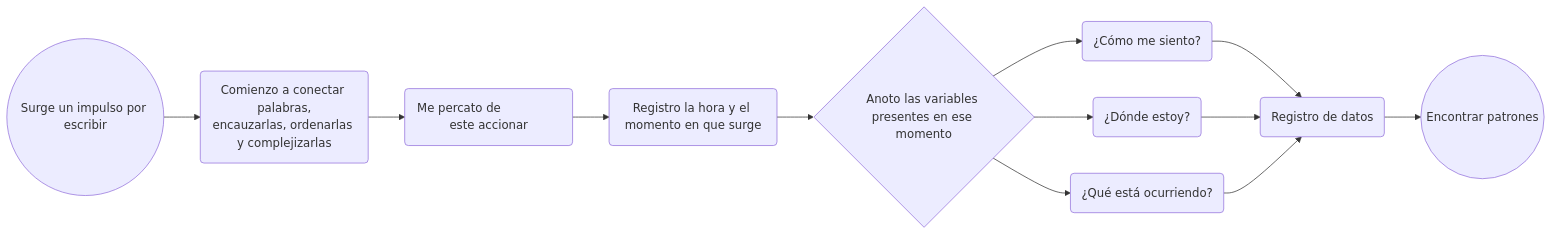
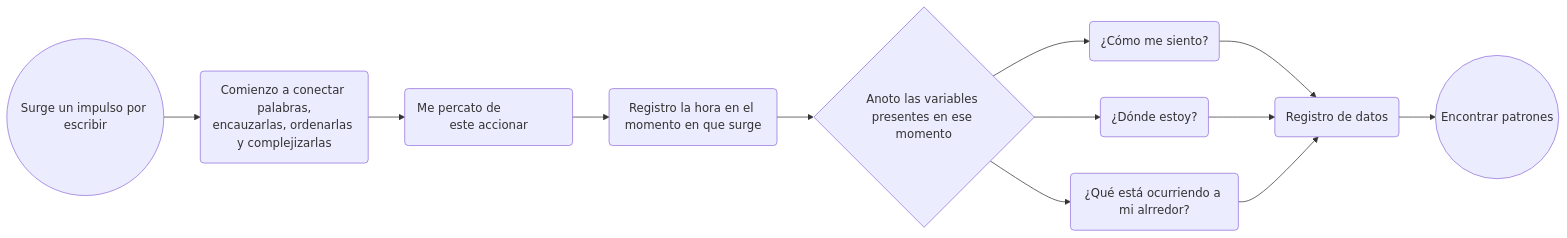
The diagram in taller-visualizacion/escala-01/README.md (Bernardita-Jesus/bitacora-diseno-2026), drawn with Mermaid before and after one commit.

````diff
--- a/taller-visualizacion/escala-01/README.md
+++ b/taller-visualizacion/escala-01/README.md
@@ -79,27 +79,27 @@
 ```mermaid
 ---
 config:
   theme: default
   look: classic
   layout: dagre
 ---
 flowchart LR
     C["Comienzo a conectar palabras,<br>encauzarlas, ordenarlas y complejizarlas"] --> D["Me percato de                este accionar"]
-    D --> E["Registro la hora y el momento en que surge"]
+    D --> E["Registro la hora en el momento en que surge"]
     E --> F["Anoto las variables presentes en ese momento"]
-    F --> G["¿Cómo me siento?"] & H["¿Dónde estoy?"] & I["¿Qué está ocurriendo?"]
+    F --> G["¿Cómo me siento?"] & H["¿Dónde estoy?"] & I["¿Qué está ocurriendo a mi alrredor?"]
     G --> K["Registro de datos"]
     H --> K
     I --> K
     K --> L(("Encontrar patrones"))
     A(("Surge un impulso por escribir")) --> C
 
     C@{ shape: rounded}
     D@{ shape: rounded}
     E@{ shape: rounded}
     F@{ shape: diam}
     G@{ shape: rounded}
     H@{ shape: rounded}
     I@{ shape: rounded}
     K@{ shape: rounded}
 ```
````
